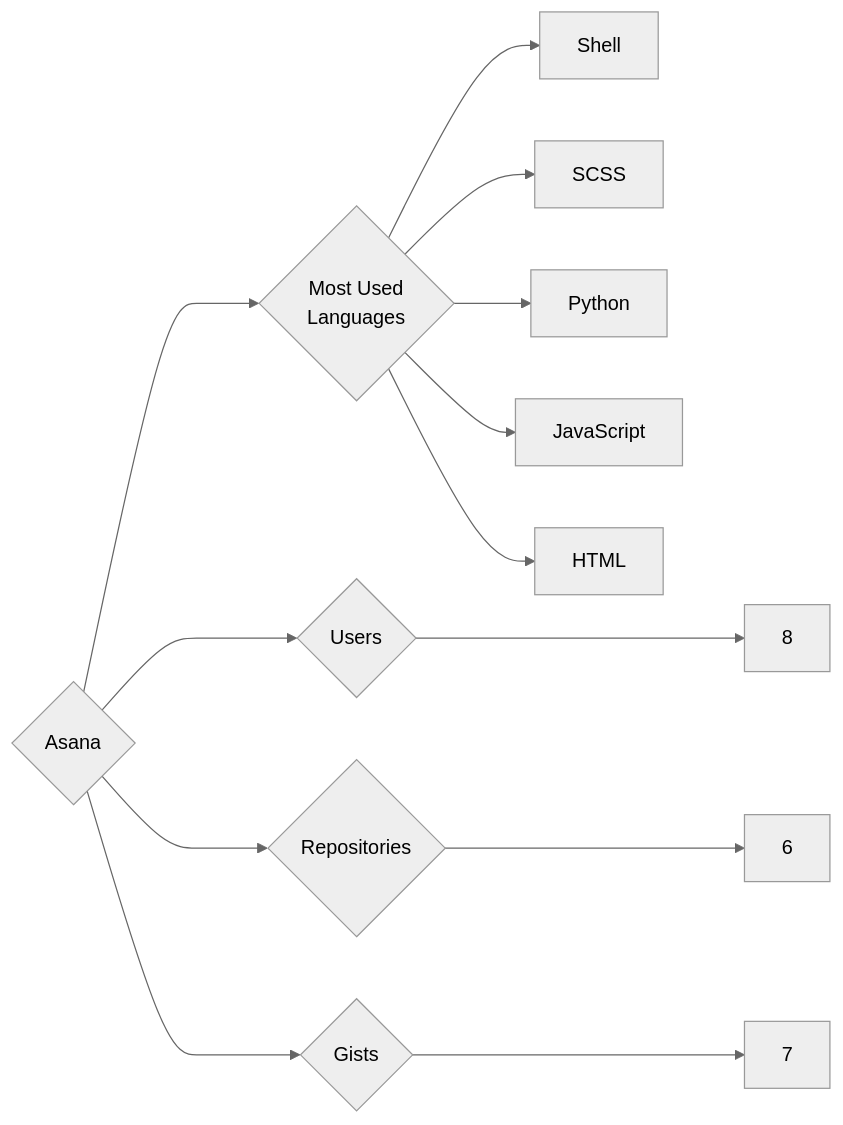
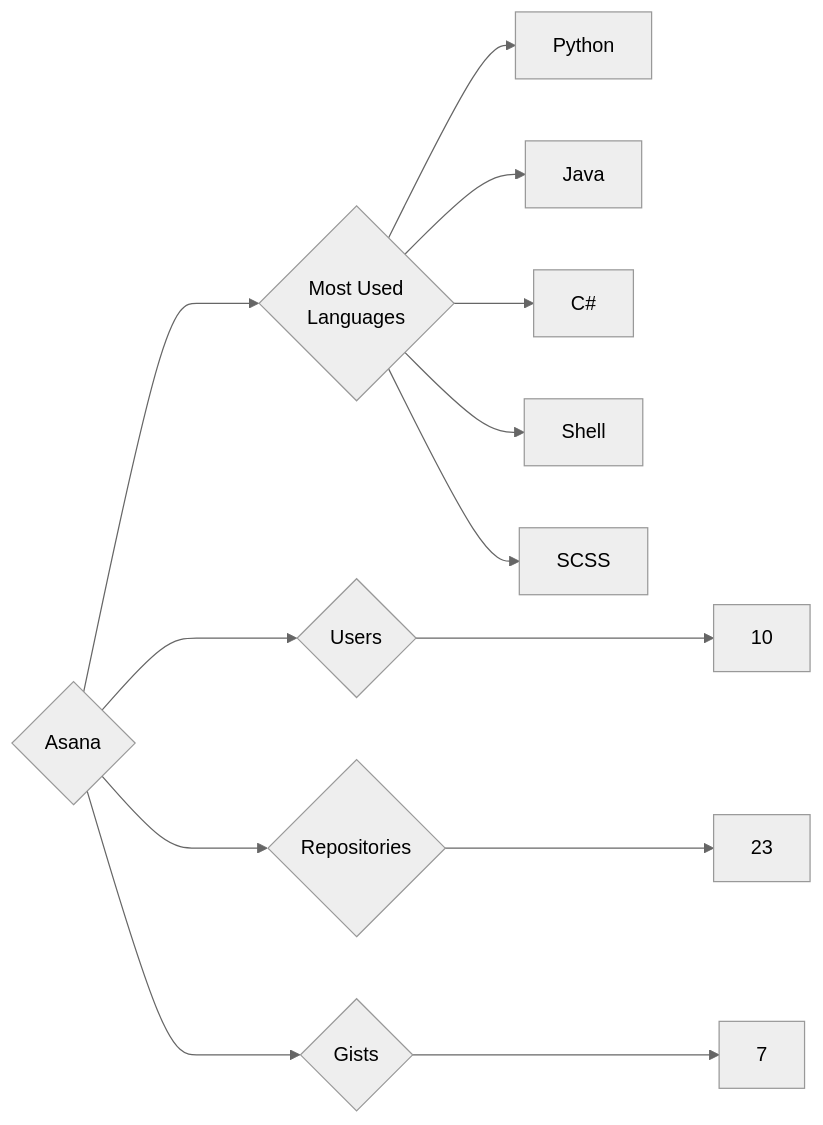
One commit to trickest/insiders changed the diagram in targets/Asana/README.md. Above: the diagram before and after it, drawn with Mermaid (neutral theme). The commit also changed 988 other files, not shown here.

````diff
--- a/targets/Asana/README.md
+++ b/targets/Asana/README.md
@@ -3,13 +3,13 @@
 ```mermaid
 graph LR
 COMPANY_NAME{Asana}
-COMPANY_NAME ---> U{Users} ---> UN[8]
-COMPANY_NAME ---> R{Repositories} ---> RN[6]
+COMPANY_NAME ---> U{Users} ---> UN[10]
+COMPANY_NAME ---> R{Repositories} ---> RN[23]
 COMPANY_NAME ---> G{Gists} ---> GN[7]
 COMPANY_NAME ---> ML{Most Used<br>Languages}
+ML --> Python[Python]
+ML --> Java[Java]
+ML --> C#[C#]
 ML --> Shell[Shell]
 ML --> SCSS[SCSS]
-ML --> Python[Python]
-ML --> JavaScript[JavaScript]
-ML --> HTML[HTML]
 ```
````
